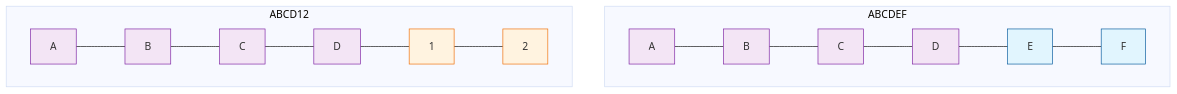
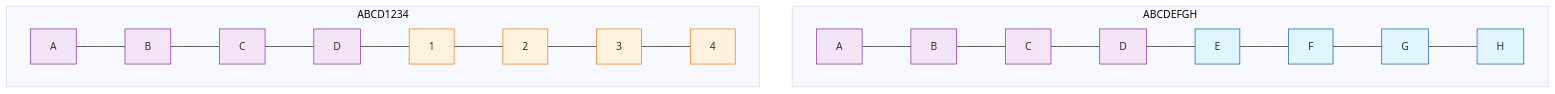
Before and after one commit to Texarkanine/SumMem: diagram 12 of 14 in docs/architecture/index.md, drawn with Mermaid (base theme). The commit also changed other lines of this file and 41 other files, not shown here.

````diff
--- a/docs/architecture/index.md
+++ b/docs/architecture/index.md
@@ -254,15 +258,15 @@
 ```mermaid
 flowchart TB
     classDef shared fill:#f3e5f5,stroke:#7b1fa2;
     classDef w1 fill:#e1f5fe,stroke:#01579b;
     classDef w2 fill:#fff3e0,stroke:#ef6c00;
 
-    subgraph whole1["ABCDEF"]
+    subgraph whole1["ABCDEFGH"]
         direction LR
-        P1A["A"]:::shared --- P1B["B"]:::shared --- P1C["C"]:::shared --- P1D["D"]:::shared --- P1E["E"]:::w1 --- P1F["F"]:::w1
+        P1A["A"]:::shared --- P1B["B"]:::shared --- P1C["C"]:::shared --- P1D["D"]:::shared --- P1E["E"]:::w1 --- P1F["F"]:::w1 --- P1G["G"]:::w1 --- P1H["H"]:::w1
     end
-    subgraph whole2["ABCD12"]
+    subgraph whole2["ABCD1234"]
         direction LR
-        P2A["A"]:::shared --- P2B["B"]:::shared --- P2C["C"]:::shared --- P2D["D"]:::shared --- P21["1"]:::w2 --- P22["2"]:::w2
+        P2A["A"]:::shared --- P2B["B"]:::shared --- P2C["C"]:::shared --- P2D["D"]:::shared --- P21["1"]:::w2 --- P22["2"]:::w2 --- P23["3"]:::w2 --- P24["4"]:::w2
     end
 ```
````
